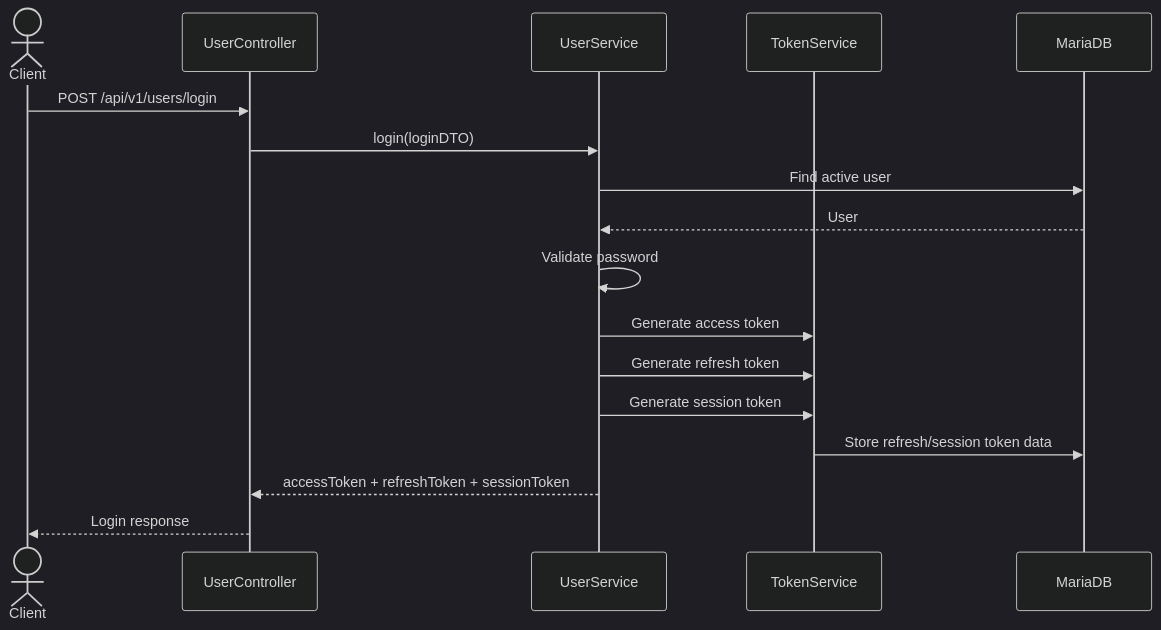
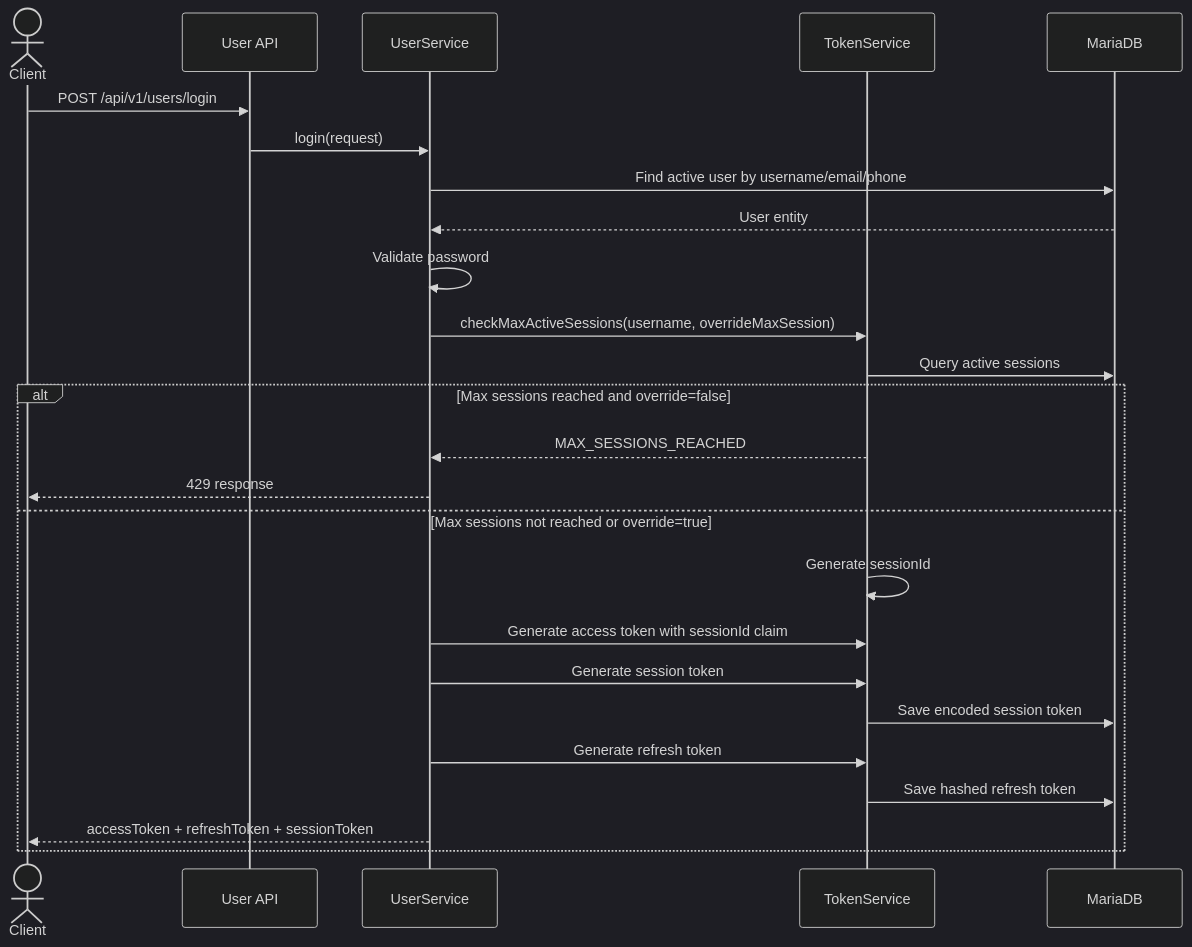
The first of 3 diagrams in backend/docs/AUTH_FLOW.md (JustinBui22/wandermate-fullstack), drawn with Mermaid (dark theme) before and after one commit. The commit also changed other lines of this file and 14 other files, not shown here.

````diff
--- a/backend/docs/AUTH_FLOW.md
+++ b/backend/docs/AUTH_FLOW.md
@@ -47,20 +41,28 @@
 ```mermaid
 sequenceDiagram
     actor Client
-    participant Controller as UserController
-    participant Service as UserService
+    participant UserAPI as User API
+    participant UserService
     participant TokenService
     participant DB as MariaDB
 
-    Client->>Controller: POST /api/v1/users/login
-    Controller->>Service: login(loginDTO)
-    Service->>DB: Find active user
-    DB-->>Service: User
-    Service->>Service: Validate password
-    Service->>TokenService: Generate access token
-    Service->>TokenService: Generate refresh token
-    Service->>TokenService: Generate session token
-    TokenService->>DB: Store refresh/session token data
-    Service-->>Controller: accessToken + refreshToken + sessionToken
-    Controller-->>Client: Login response
+    Client->>UserAPI: POST /api/v1/users/login
+    UserAPI->>UserService: login(request)
+    UserService->>DB: Find active user by username/email/phone
+    DB-->>UserService: User entity
+    UserService->>UserService: Validate password
+    UserService->>TokenService: checkMaxActiveSessions(username, overrideMaxSession)
+    TokenService->>DB: Query active sessions
+    alt Max sessions reached and override=false
+        TokenService-->>UserService: MAX_SESSIONS_REACHED
+        UserService-->>Client: 429 response
+    else Max sessions not reached or override=true
+        TokenService->>TokenService: Generate sessionId
+        UserService->>TokenService: Generate access token with sessionId claim
+        UserService->>TokenService: Generate session token
+        TokenService->>DB: Save encoded session token
+        UserService->>TokenService: Generate refresh token
+        TokenService->>DB: Save hashed refresh token
+        UserService-->>Client: accessToken + refreshToken + sessionToken
+    end
 ```
````
